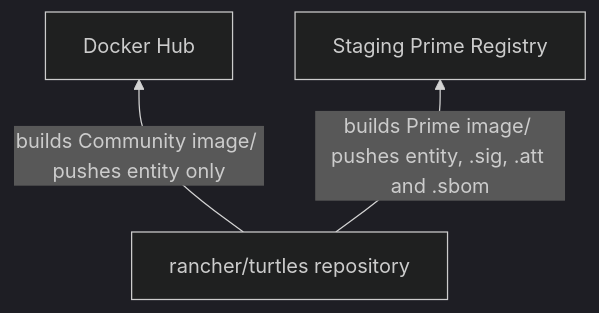
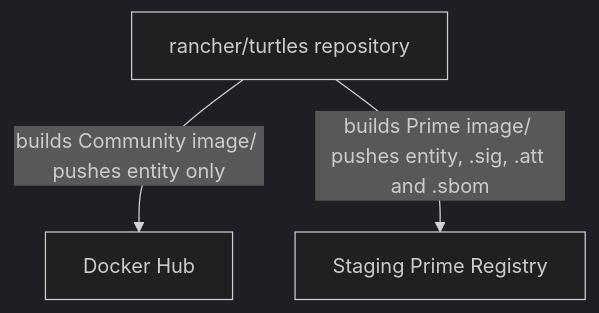
One commit to rancher/turtles changed the diagram in docs/adr/0017-release-process.md. Above: the diagram before and after it, drawn with Mermaid (dark theme). The commit also changed other lines of this file, not shown here.

````diff
--- a/docs/adr/0017-release-process.md
+++ b/docs/adr/0017-release-process.md
@@ -41,6 +41,6 @@
 ```mermaid
-graph BT
+graph TD
     A[rancher/turtles repository]
     A -->|builds Community image/ pushes entity only| D[Docker Hub]
     A -->|builds Prime image/ pushes entity, .sig, .att and .sbom| E[Staging Prime Registry]
 ```
````
